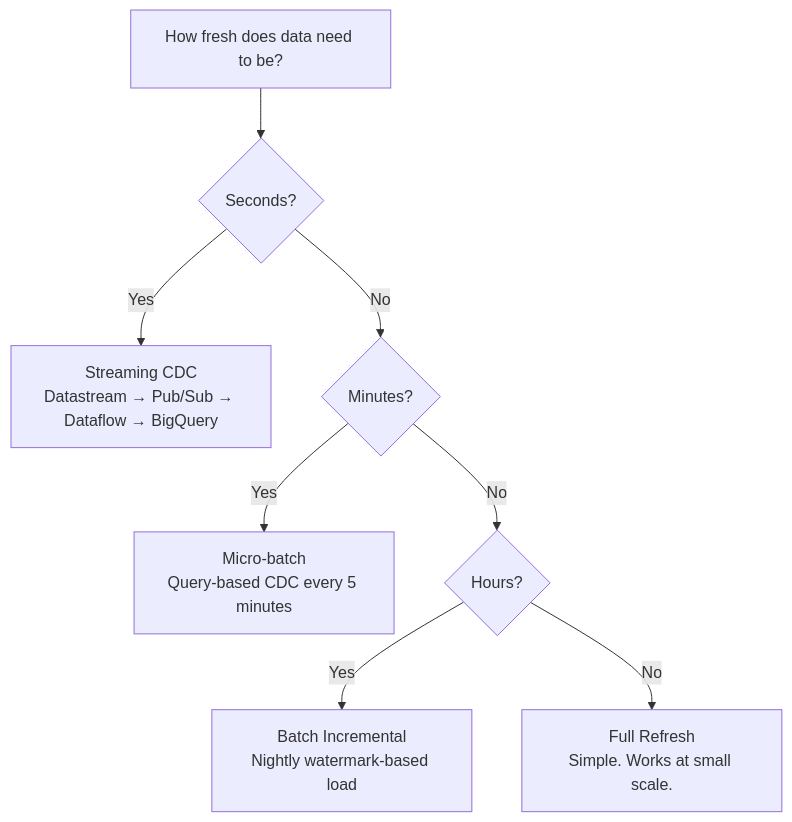
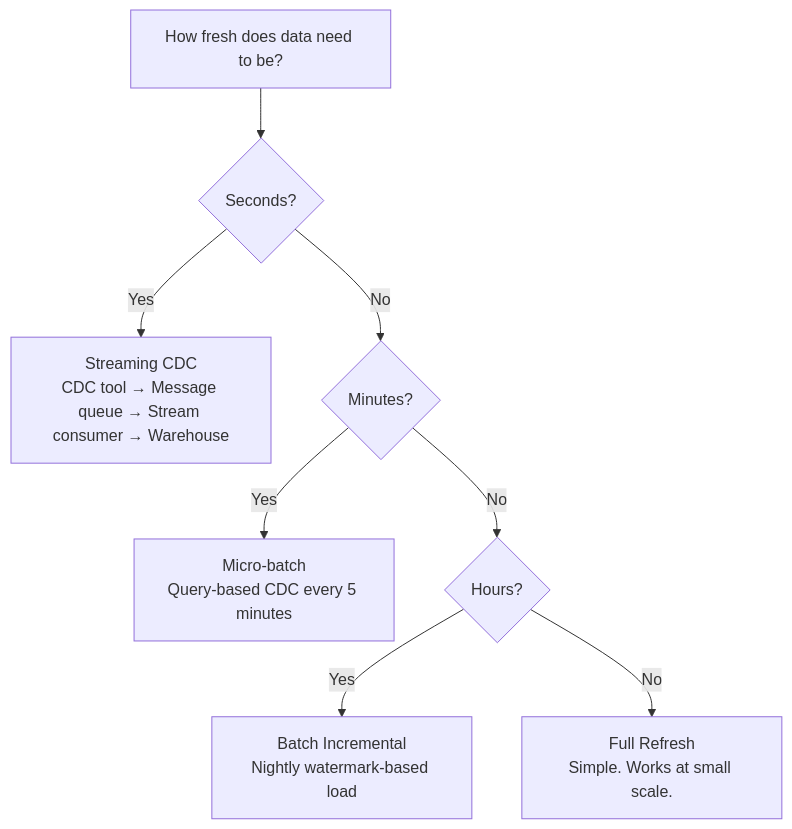
The fifth of 6 diagrams in playbooks/data/etl-patterns/07_System_Design.md (sunilmogadati/systems-in-production), drawn with Mermaid before and after one commit. The commit also changed other lines of this file and 10 other files, not shown here.

````diff
--- a/playbooks/data/etl-patterns/07_System_Design.md
+++ b/playbooks/data/etl-patterns/07_System_Design.md
@@ -173,10 +224,10 @@
 ```mermaid
 graph TD
     A["How fresh does data need to be?"] --> B{"Seconds?"}
-    B -->|"Yes"| C["Streaming CDC<br/>Datastream → Pub/Sub → Dataflow → BigQuery"]
+    B -->|"Yes"| C["Streaming CDC<br/>CDC tool → Message queue → Stream consumer → Warehouse"]
     B -->|"No"| D{"Minutes?"}
     D -->|"Yes"| E["Micro-batch<br/>Query-based CDC every 5 minutes"]
     D -->|"No"| F{"Hours?"}
     F -->|"Yes"| G["Batch Incremental<br/>Nightly watermark-based load"]
     F -->|"No"| H["Full Refresh<br/>Simple. Works at small scale."]
 ```
````
